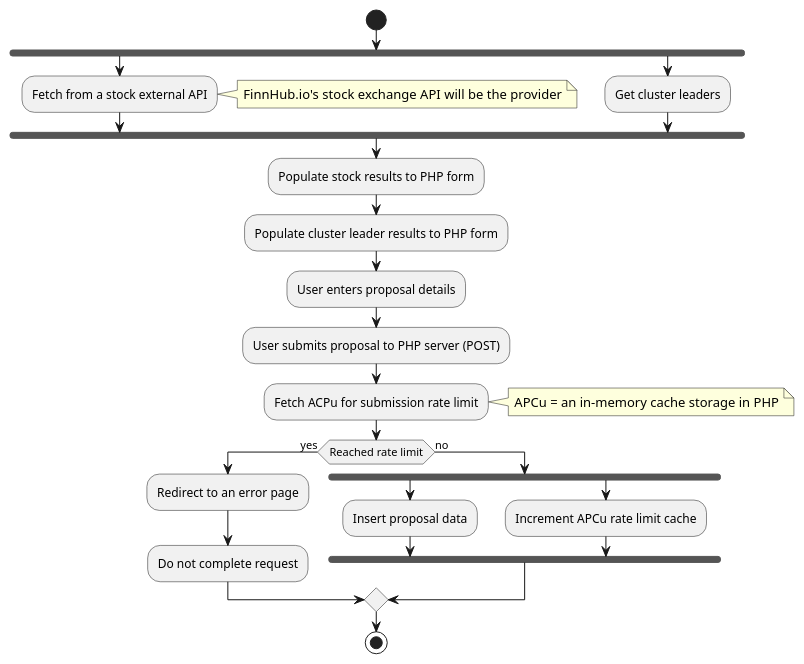
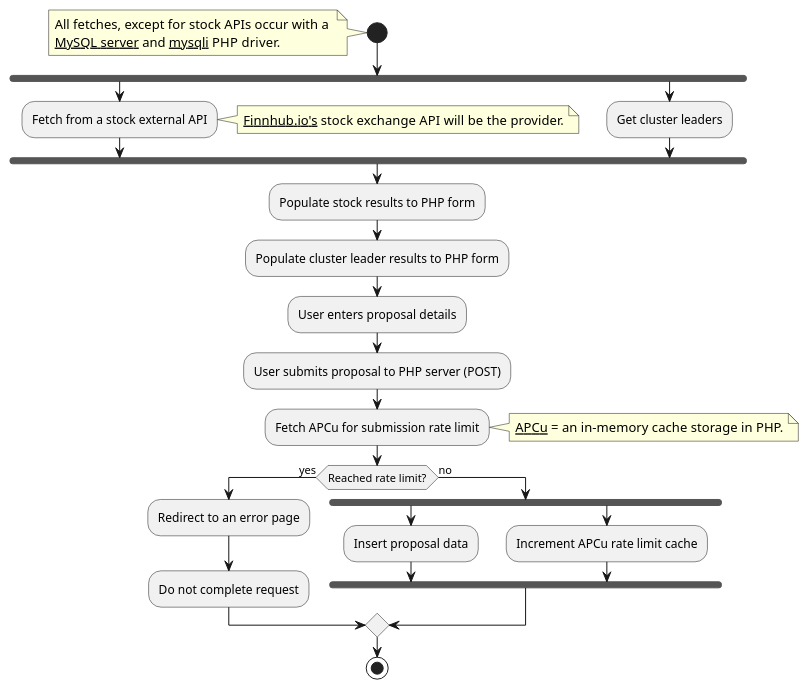
Before and after one commit to mystocks-africa/bycig-mkt: the diagram in software-design/Architecture.md, drawn with PlantUML. The commit also changed other lines of this file, not shown here.

Commit message:
added some more general notes
there is more notes, esp on the forks (which is reference to reactphp), to be added.

````diff
--- a/software-design/Architecture.md
+++ b/software-design/Architecture.md
@@ -8,34 +8,39 @@
 ```plantuml
 @startuml
+
 start
+note left
+  All fetches, except for stock APIs occur with a 
+  <u>MySQL server</u> and <u>mysqli</u> PHP driver.
+end note
 fork
     :Fetch from a stock external API;
     note right
-        FinnHub.io's stock exchange API will be the provider
+        <u>Finnhub.io's</u> stock exchange API will be the provider.
     end note
 fork again
     :Get cluster leaders;
 end fork
 :Populate stock results to PHP form;
 :Populate cluster leader results to PHP form;
 :User enters proposal details;
 :User submits proposal to PHP server (POST);
-:Fetch ACPu for submission rate limit;
+:Fetch APCu for submission rate limit;
 
 note right
-  APCu = an in-memory cache storage in PHP
+  <u>APCu</u> = an in-memory cache storage in PHP.
 end note
 
-if (Reached rate limit) then (yes)
+if (Reached rate limit?) then (yes)
     :Redirect to an error page;
     :Do not complete request;
 else (no)
     fork
         :Insert proposal data;
     fork again
         :Increment APCu rate limit cache;
     end fork
 endif
 stop
 @enduml
 ```
````
